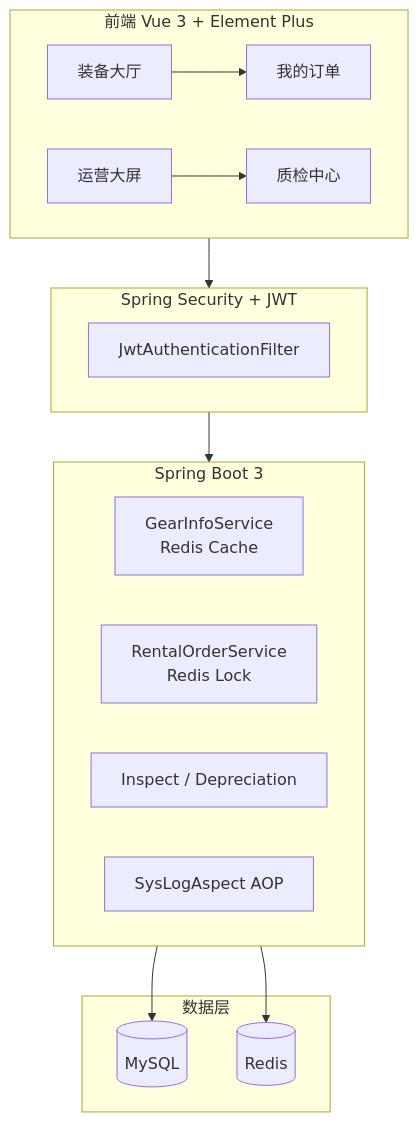
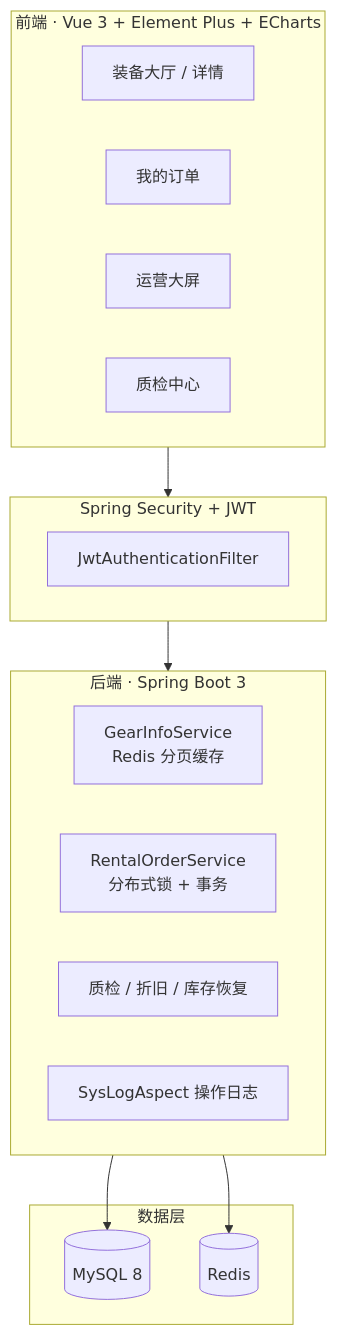
One commit to Ckj6818/outdoor-gear-rental changed the second of 2 diagrams in README.md. Above: the diagram before and after it, drawn with Mermaid. The commit also changed other lines of this file and 28 other files, not shown here.

````diff
--- a/README.md
+++ b/README.md
@@ -42,27 +102,29 @@
 ```mermaid
 flowchart TB
-    subgraph Client["前端 Vue 3 + Element Plus"]
-        A[装备大厅] --> B[我的订单]
-        C[运营大屏] --> D[质检中心]
+    subgraph Client["前端 · Vue 3 + Element Plus + ECharts"]
+        A[装备大厅 / 详情]
+        B[我的订单]
+        C[运营大屏]
+        D[质检中心]
     end
 
-    subgraph Gateway["Spring Security + JWT"]
+    subgraph Security["Spring Security + JWT"]
         E[JwtAuthenticationFilter]
     end
 
-    subgraph Backend["Spring Boot 3"]
-        F[GearInfoService<br/>Redis Cache]
-        G[RentalOrderService<br/>Redis Lock]
-        H[Inspect / Depreciation]
-        I[SysLogAspect AOP]
+    subgraph Backend["后端 · Spring Boot 3"]
+        F[GearInfoService<br/>Redis 分页缓存]
+        G[RentalOrderService<br/>分布式锁 + 事务]
+        H[质检 / 折旧 / 库存恢复]
+        I[SysLogAspect 操作日志]
     end
 
     subgraph Data["数据层"]
-        J[(MySQL)]
+        J[(MySQL 8)]
         K[(Redis)]
     end
 
-    Client --> Gateway --> Backend
+    Client --> Security --> Backend
     Backend --> J
     Backend --> K
 ```
````
